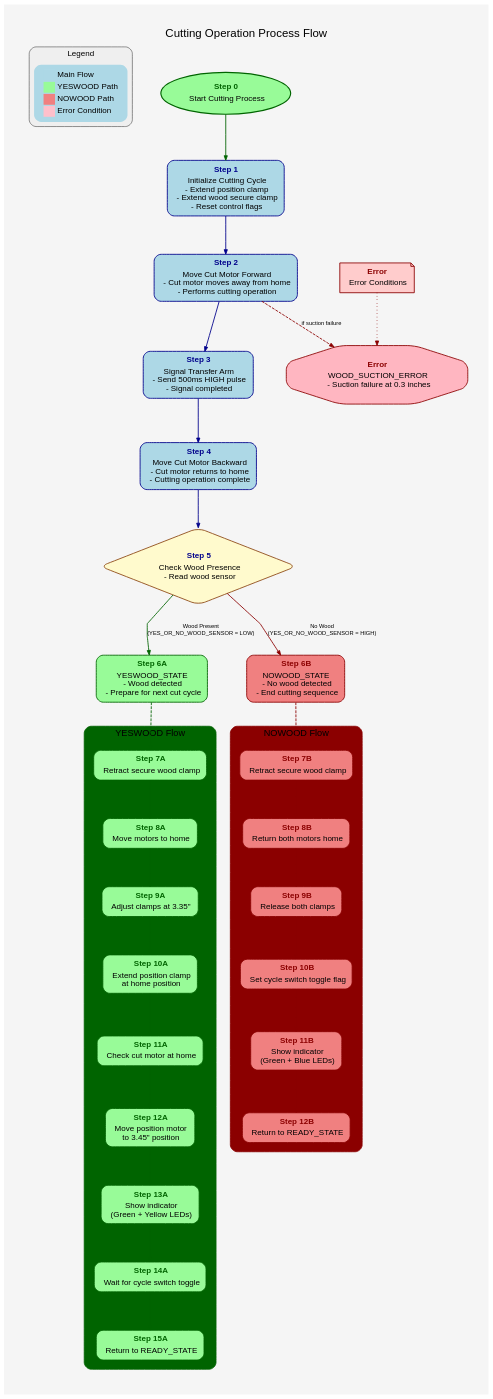
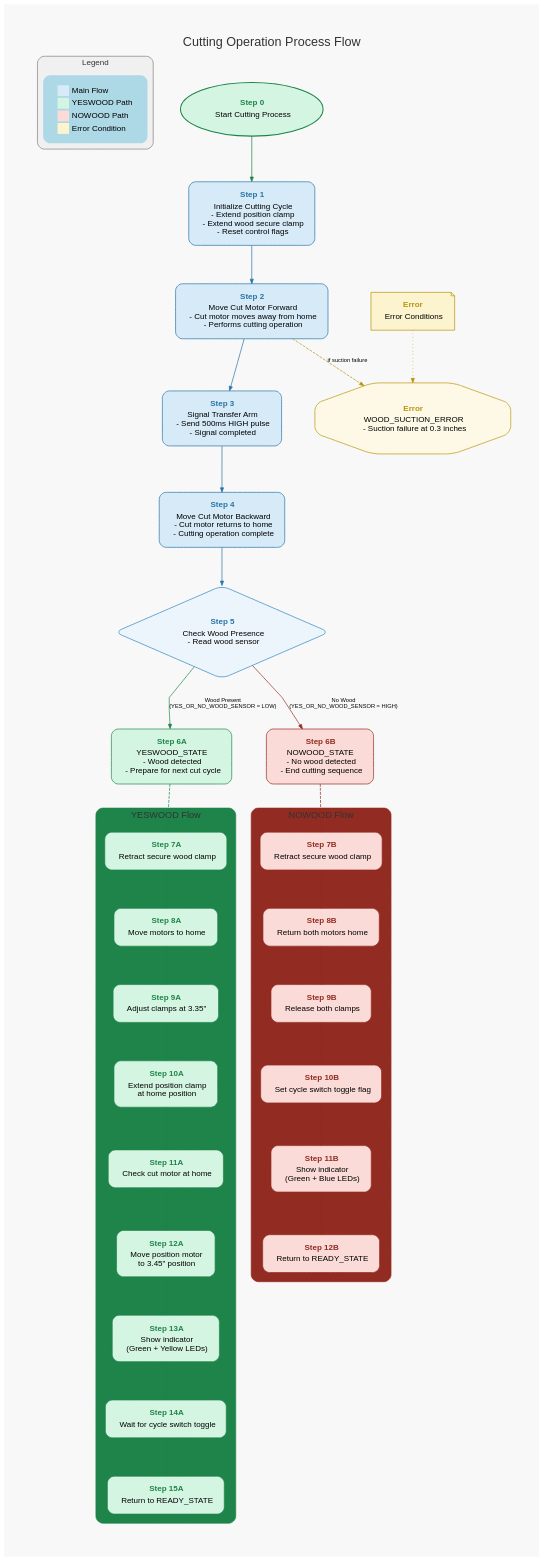
The diagram in flowcharts/cutting_process.dot (akivaweil/Stage-1-Mar25), drawn with Graphviz before and after one commit. The commit also changed 1 other file, not shown here.

Commit message:
Refine flowchart with softer color palette and improved visual aesthetics

```diff
--- a/flowcharts/cutting_process.dot
+++ b/flowcharts/cutting_process.dot
@@ -1,120 +1,121 @@
 digraph cutting_process {
     // Graph styling
-    graph [fontname="Arial", rankdir="TB", splines="polyline", overlap=false, nodesep=0.8, ranksep=0.9, pad=0.5, label="Cutting Operation Process Flow", fontsize=20, labelloc="t", bgcolor="#F5F5F5"];
-    node [shape="box", style="rounded,filled", fillcolor="lightblue", fontname="Arial", margin="0.2,0.1", color="#333333", penwidth=1.5];
-    edge [fontname="Arial", fontsize=10, color="#555555", penwidth=1.2, arrowsize=0.8];
+    graph [fontname="Arial", rankdir="TB", splines="polyline", overlap=false, nodesep=0.8, ranksep=0.9, pad=0.7, label="Cutting Operation Process Flow", fontsize=22, labelloc="t", bgcolor="#F8F8F8", fontcolor="#333333"];
+    node [shape="box", style="rounded,filled", fillcolor="lightblue", fontname="Arial", margin="0.3,0.2", color="#555555", penwidth=1.2];
+    edge [fontname="Arial", fontsize=10, color="#777777", penwidth=1.0, arrowsize=0.8];
 
     // Add a legend
     subgraph cluster_legend {
         label="Legend";
         style="rounded,filled";
-        color="#444444";
-        fillcolor="#EFEFEF";
+        color="#666666";
+        fillcolor="#F0F0F0";
         fontsize=14;
+        margin=10;
         rank="sink";
         
-        legend_node [shape=none, label=<<table border="0" cellborder="0" cellspacing="2">
-            <tr><td port="main" bgcolor="#ADD8E6" width="20" height="10"></td><td align="left">Main Flow</td></tr>
-            <tr><td port="yes" bgcolor="palegreen" width="20" height="10"></td><td align="left">YESWOOD Path</td></tr>
-            <tr><td port="no" bgcolor="lightcoral" width="20" height="10"></td><td align="left">NOWOOD Path</td></tr>
-            <tr><td port="error" bgcolor="pink" width="20" height="10"></td><td align="left">Error Condition</td></tr>
+        legend_node [shape=none, label=<<table border="0" cellborder="0" cellspacing="3">
+            <tr><td port="main" bgcolor="#D6EAF8" width="20" height="12"></td><td align="left">Main Flow</td></tr>
+            <tr><td port="yes" bgcolor="#D5F5E3" width="20" height="12"></td><td align="left">YESWOOD Path</td></tr>
+            <tr><td port="no" bgcolor="#FADBD8" width="20" height="12"></td><td align="left">NOWOOD Path</td></tr>
+            <tr><td port="error" bgcolor="#FCF3CF" width="20" height="12"></td><td align="left">Error Condition</td></tr>
         </table>>];
     }
 
     // States and transitions for cutting process
-    start [label=<<table border="0" cellborder="0" cellspacing="0"><tr><td><font color="darkgreen" point-size="14"><b>Step 0</b></font></td></tr><tr><td>Start Cutting Process</td></tr></table>>, shape="oval", fillcolor="#98FB98", color="#006400", penwidth=2];
+    start [label=<<table border="0" cellborder="0" cellspacing="0"><tr><td><font color="#1E8449" point-size="14"><b>Step 0</b></font></td></tr><tr><td>Start Cutting Process</td></tr></table>>, shape="oval", fillcolor="#D5F5E3", color="#1E8449", penwidth=1.8];
     
     // Initialize cutting state
-    init [label=<<table border="0" cellborder="0" cellspacing="0"><tr><td><font color="darkblue" point-size="14"><b>Step 1</b></font></td></tr><tr><td align="left">Initialize Cutting Cycle<br/>- Extend position clamp<br/>- Extend wood secure clamp<br/>- Reset control flags</td></tr></table>>, fillcolor="#ADD8E6", color="#00008B", penwidth=1.5];
+    init [label=<<table border="0" cellborder="0" cellspacing="0"><tr><td><font color="#2874A6" point-size="14"><b>Step 1</b></font></td></tr><tr><td align="left">Initialize Cutting Cycle<br/>- Extend position clamp<br/>- Extend wood secure clamp<br/>- Reset control flags</td></tr></table>>, fillcolor="#D6EAF8", color="#2874A6", penwidth=1.2];
     
     // Extend cutter
-    extend [label=<<table border="0" cellborder="0" cellspacing="0"><tr><td><font color="darkblue" point-size="14"><b>Step 2</b></font></td></tr><tr><td align="left">Move Cut Motor Forward<br/>- Cut motor moves away from home<br/>- Performs cutting operation</td></tr></table>>, fillcolor="#ADD8E6", color="#00008B", penwidth=1.5];
+    extend [label=<<table border="0" cellborder="0" cellspacing="0"><tr><td><font color="#2874A6" point-size="14"><b>Step 2</b></font></td></tr><tr><td align="left">Move Cut Motor Forward<br/>- Cut motor moves away from home<br/>- Performs cutting operation</td></tr></table>>, fillcolor="#D6EAF8", color="#2874A6", penwidth=1.2];
     
     // Signal transfer arm
-    signal [label=<<table border="0" cellborder="0" cellspacing="0"><tr><td><font color="darkblue" point-size="14"><b>Step 3</b></font></td></tr><tr><td align="left">Signal Transfer Arm<br/>- Send 500ms HIGH pulse<br/>- Signal completed</td></tr></table>>, fillcolor="#ADD8E6", color="#00008B", penwidth=1.5];
+    signal [label=<<table border="0" cellborder="0" cellspacing="0"><tr><td><font color="#2874A6" point-size="14"><b>Step 3</b></font></td></tr><tr><td align="left">Signal Transfer Arm<br/>- Send 500ms HIGH pulse<br/>- Signal completed</td></tr></table>>, fillcolor="#D6EAF8", color="#2874A6", penwidth=1.2];
     
     // Retract cutter
-    retract [label=<<table border="0" cellborder="0" cellspacing="0"><tr><td><font color="darkblue" point-size="14"><b>Step 4</b></font></td></tr><tr><td align="left">Move Cut Motor Backward<br/>- Cut motor returns to home<br/>- Cutting operation complete</td></tr></table>>, fillcolor="#ADD8E6", color="#00008B", penwidth=1.5];
+    retract [label=<<table border="0" cellborder="0" cellspacing="0"><tr><td><font color="#2874A6" point-size="14"><b>Step 4</b></font></td></tr><tr><td align="left">Move Cut Motor Backward<br/>- Cut motor returns to home<br/>- Cutting operation complete</td></tr></table>>, fillcolor="#D6EAF8", color="#2874A6", penwidth=1.2];
     
     // Check wood presence
-    check [label=<<table border="0" cellborder="0" cellspacing="0"><tr><td><font color="darkblue" point-size="14"><b>Step 5</b></font></td></tr><tr><td align="left">Check Wood Presence<br/>- Read wood sensor</td></tr></table>>, shape="diamond", fillcolor="#FFFACD", color="#8B4513", penwidth=1.5];
+    check [label=<<table border="0" cellborder="0" cellspacing="0"><tr><td><font color="#2874A6" point-size="14"><b>Step 5</b></font></td></tr><tr><td align="left">Check Wood Presence<br/>- Read wood sensor</td></tr></table>>, shape="diamond", fillcolor="#EBF5FB", color="#2E86C1", penwidth=1.2];
     
     // Result states  
-    yeswood [label=<<table border="0" cellborder="0" cellspacing="0"><tr><td><font color="darkgreen" point-size="14"><b>Step 6A</b></font></td></tr><tr><td align="left">YESWOOD_STATE<br/>- Wood detected<br/>- Prepare for next cut cycle</td></tr></table>>, fillcolor="palegreen", color="#006400", penwidth=1.5];
-    nowood [label=<<table border="0" cellborder="0" cellspacing="0"><tr><td><font color="darkred" point-size="14"><b>Step 6B</b></font></td></tr><tr><td align="left">NOWOOD_STATE<br/>- No wood detected<br/>- End cutting sequence</td></tr></table>>, fillcolor="lightcoral", color="#8B0000", penwidth=1.5];
+    yeswood [label=<<table border="0" cellborder="0" cellspacing="0"><tr><td><font color="#1E8449" point-size="14"><b>Step 6A</b></font></td></tr><tr><td align="left">YESWOOD_STATE<br/>- Wood detected<br/>- Prepare for next cut cycle</td></tr></table>>, fillcolor="#D5F5E3", color="#1E8449", penwidth=1.2];
+    nowood [label=<<table border="0" cellborder="0" cellspacing="0"><tr><td><font color="#922B21" point-size="14"><b>Step 6B</b></font></td></tr><tr><td align="left">NOWOOD_STATE<br/>- No wood detected<br/>- End cutting sequence</td></tr></table>>, fillcolor="#FADBD8", color="#922B21", penwidth=1.2];
     
     // Error conditions
-    error [label=<<table border="0" cellborder="0" cellspacing="0"><tr><td><font color="darkred" point-size="14"><b>Error</b></font></td></tr><tr><td align="left">Error Conditions</td></tr></table>>, shape="note", fillcolor="#FFCCCC", color="#8B0000", penwidth=1.5];
-    errorwood [label=<<table border="0" cellborder="0" cellspacing="0"><tr><td><font color="darkred" point-size="14"><b>Error</b></font></td></tr><tr><td align="left">WOOD_SUCTION_ERROR<br/>- Suction failure at 0.3 inches</td></tr></table>>, shape="octagon", fillcolor="#FFB6C1", color="#8B0000", penwidth=1.5];
+    error [label=<<table border="0" cellborder="0" cellspacing="0"><tr><td><font color="#B7950B" point-size="14"><b>Error</b></font></td></tr><tr><td align="left">Error Conditions</td></tr></table>>, shape="note", fillcolor="#FCF3CF", color="#B7950B", penwidth=1.2];
+    errorwood [label=<<table border="0" cellborder="0" cellspacing="0"><tr><td><font color="#B7950B" point-size="14"><b>Error</b></font></td></tr><tr><td align="left">WOOD_SUCTION_ERROR<br/>- Suction failure at 0.3 inches</td></tr></table>>, shape="octagon", fillcolor="#FEF9E7", color="#B7950B", penwidth=1.2];
     
     // Flow connections
-    start -> init [color="#006400", penwidth=1.5];
-    init -> extend [color="#00008B", penwidth=1.5];
-    extend -> signal [color="#00008B", penwidth=1.5];
-    signal -> retract [color="#00008B", penwidth=1.5];
-    retract -> check [color="#00008B", penwidth=1.5];
-    check -> yeswood [label="Wood Present\n(YES_OR_NO_WOOD_SENSOR = LOW)", color="#006400", penwidth=1.5];
-    check -> nowood [label="No Wood\n(YES_OR_NO_WOOD_SENSOR = HIGH)", color="#8B0000", penwidth=1.5];
+    start -> init [color="#1E8449", penwidth=1.2];
+    init -> extend [color="#2874A6", penwidth=1.2];
+    extend -> signal [color="#2874A6", penwidth=1.2];
+    signal -> retract [color="#2874A6", penwidth=1.2];
+    retract -> check [color="#2874A6", penwidth=1.2];
+    check -> yeswood [label="Wood Present\n(YES_OR_NO_WOOD_SENSOR = LOW)", color="#1E8449", penwidth=1.2];
+    check -> nowood [label="No Wood\n(YES_OR_NO_WOOD_SENSOR = HIGH)", color="#922B21", penwidth=1.2];
     
     // Error path
-    error -> errorwood [color="#8B0000", penwidth=1.5, style="dotted"];
-    extend -> errorwood [style="dashed", label="if suction failure", color="#8B0000", penwidth=1.5];
+    error -> errorwood [color="#B7950B", penwidth=1.2, style="dotted"];
+    extend -> errorwood [style="dashed", label="if suction failure", color="#B7950B", penwidth=1.2];
     
     // Subgraph for YESWOOD flow
     subgraph cluster_yeswood {
         label="YESWOOD Flow";
         style="rounded,filled";
-        color="#006400";
-        penwidth=1.5;
-        bgcolor="#E8F5E9";
+        color="#1E8449";
+        penwidth=1.2;
+        bgcolor="#EAF7EF";
         fontsize=16;
         margin=16;
         
-        yw1 [label=<<table border="0" cellborder="0" cellspacing="0"><tr><td><font color="darkgreen" point-size="14"><b>Step 7A</b></font></td></tr><tr><td align="left">Retract secure wood clamp</td></tr></table>>, fillcolor="palegreen", color="#006400"];
-        yw2 [label=<<table border="0" cellborder="0" cellspacing="0"><tr><td><font color="darkgreen" point-size="14"><b>Step 8A</b></font></td></tr><tr><td align="left">Move motors to home</td></tr></table>>, fillcolor="palegreen", color="#006400"];
-        yw3 [label=<<table border="0" cellborder="0" cellspacing="0"><tr><td><font color="darkgreen" point-size="14"><b>Step 9A</b></font></td></tr><tr><td align="left">Adjust clamps at 3.35"</td></tr></table>>, fillcolor="palegreen", color="#006400"];
-        yw4 [label=<<table border="0" cellborder="0" cellspacing="0"><tr><td><font color="darkgreen" point-size="14"><b>Step 10A</b></font></td></tr><tr><td align="left">Extend position clamp<br/>at home position</td></tr></table>>, fillcolor="palegreen", color="#006400"];
-        yw5 [label=<<table border="0" cellborder="0" cellspacing="0"><tr><td><font color="darkgreen" point-size="14"><b>Step 11A</b></font></td></tr><tr><td align="left">Check cut motor at home</td></tr></table>>, fillcolor="palegreen", color="#006400"];
-        yw6 [label=<<table border="0" cellborder="0" cellspacing="0"><tr><td><font color="darkgreen" point-size="14"><b>Step 12A</b></font></td></tr><tr><td align="left">Move position motor<br/>to 3.45" position</td></tr></table>>, fillcolor="palegreen", color="#006400"];
-        yw7 [label=<<table border="0" cellborder="0" cellspacing="0"><tr><td><font color="darkgreen" point-size="14"><b>Step 13A</b></font></td></tr><tr><td align="left">Show indicator<br/>(Green + Yellow LEDs)</td></tr></table>>, fillcolor="palegreen", color="#006400"];
-        yw8 [label=<<table border="0" cellborder="0" cellspacing="0"><tr><td><font color="darkgreen" point-size="14"><b>Step 14A</b></font></td></tr><tr><td align="left">Wait for cycle switch toggle</td></tr></table>>, fillcolor="palegreen", color="#006400"];
-        yw9 [label=<<table border="0" cellborder="0" cellspacing="0"><tr><td><font color="darkgreen" point-size="14"><b>Step 15A</b></font></td></tr><tr><td align="left">Return to READY_STATE</td></tr></table>>, fillcolor="palegreen", color="#006400"];
+        yw1 [label=<<table border="0" cellborder="0" cellspacing="0"><tr><td><font color="#1E8449" point-size="14"><b>Step 7A</b></font></td></tr><tr><td align="left">Retract secure wood clamp</td></tr></table>>, fillcolor="#D5F5E3", color="#1E8449"];
+        yw2 [label=<<table border="0" cellborder="0" cellspacing="0"><tr><td><font color="#1E8449" point-size="14"><b>Step 8A</b></font></td></tr><tr><td align="left">Move motors to home</td></tr></table>>, fillcolor="#D5F5E3", color="#1E8449"];
+        yw3 [label=<<table border="0" cellborder="0" cellspacing="0"><tr><td><font color="#1E8449" point-size="14"><b>Step 9A</b></font></td></tr><tr><td align="left">Adjust clamps at 3.35"</td></tr></table>>, fillcolor="#D5F5E3", color="#1E8449"];
+        yw4 [label=<<table border="0" cellborder="0" cellspacing="0"><tr><td><font color="#1E8449" point-size="14"><b>Step 10A</b></font></td></tr><tr><td align="left">Extend position clamp<br/>at home position</td></tr></table>>, fillcolor="#D5F5E3", color="#1E8449"];
+        yw5 [label=<<table border="0" cellborder="0" cellspacing="0"><tr><td><font color="#1E8449" point-size="14"><b>Step 11A</b></font></td></tr><tr><td align="left">Check cut motor at home</td></tr></table>>, fillcolor="#D5F5E3", color="#1E8449"];
+        yw6 [label=<<table border="0" cellborder="0" cellspacing="0"><tr><td><font color="#1E8449" point-size="14"><b>Step 12A</b></font></td></tr><tr><td align="left">Move position motor<br/>to 3.45" position</td></tr></table>>, fillcolor="#D5F5E3", color="#1E8449"];
+        yw7 [label=<<table border="0" cellborder="0" cellspacing="0"><tr><td><font color="#1E8449" point-size="14"><b>Step 13A</b></font></td></tr><tr><td align="left">Show indicator<br/>(Green + Yellow LEDs)</td></tr></table>>, fillcolor="#D5F5E3", color="#1E8449"];
+        yw8 [label=<<table border="0" cellborder="0" cellspacing="0"><tr><td><font color="#1E8449" point-size="14"><b>Step 14A</b></font></td></tr><tr><td align="left">Wait for cycle switch toggle</td></tr></table>>, fillcolor="#D5F5E3", color="#1E8449"];
+        yw9 [label=<<table border="0" cellborder="0" cellspacing="0"><tr><td><font color="#1E8449" point-size="14"><b>Step 15A</b></font></td></tr><tr><td align="left">Return to READY_STATE</td></tr></table>>, fillcolor="#D5F5E3", color="#1E8449"];
         
-        yw1 -> yw2 [color="#006400"];
-        yw2 -> yw3 [color="#006400"];
-        yw3 -> yw4 [color="#006400"];
-        yw4 -> yw5 [color="#006400"];
-        yw5 -> yw6 [color="#006400"];
-        yw6 -> yw7 [color="#006400"];
-        yw7 -> yw8 [color="#006400"];
-        yw8 -> yw9 [color="#006400"];
+        yw1 -> yw2 [color="#1E8449"];
+        yw2 -> yw3 [color="#1E8449"];
+        yw3 -> yw4 [color="#1E8449"];
+        yw4 -> yw5 [color="#1E8449"];
+        yw5 -> yw6 [color="#1E8449"];
+        yw6 -> yw7 [color="#1E8449"];
+        yw7 -> yw8 [color="#1E8449"];
+        yw8 -> yw9 [color="#1E8449"];
     }
     
     // Subgraph for NOWOOD flow  
     subgraph cluster_nowood {
         label="NOWOOD Flow";
         style="rounded,filled";
-        color="#8B0000";
-        penwidth=1.5;
-        bgcolor="#FFEBEE";
+        color="#922B21";
+        penwidth=1.2;
+        bgcolor="#FDEDEC";
         fontsize=16;
         margin=16;
         
-        nw1 [label=<<table border="0" cellborder="0" cellspacing="0"><tr><td><font color="darkred" point-size="14"><b>Step 7B</b></font></td></tr><tr><td align="left">Retract secure wood clamp</td></tr></table>>, fillcolor="lightcoral", color="#8B0000"];
-        nw2 [label=<<table border="0" cellborder="0" cellspacing="0"><tr><td><font color="darkred" point-size="14"><b>Step 8B</b></font></td></tr><tr><td align="left">Return both motors home</td></tr></table>>, fillcolor="lightcoral", color="#8B0000"];
-        nw3 [label=<<table border="0" cellborder="0" cellspacing="0"><tr><td><font color="darkred" point-size="14"><b>Step 9B</b></font></td></tr><tr><td align="left">Release both clamps</td></tr></table>>, fillcolor="lightcoral", color="#8B0000"];
-        nw4 [label=<<table border="0" cellborder="0" cellspacing="0"><tr><td><font color="darkred" point-size="14"><b>Step 10B</b></font></td></tr><tr><td align="left">Set cycle switch toggle flag</td></tr></table>>, fillcolor="lightcoral", color="#8B0000"];
-        nw5 [label=<<table border="0" cellborder="0" cellspacing="0"><tr><td><font color="darkred" point-size="14"><b>Step 11B</b></font></td></tr><tr><td align="left">Show indicator<br/>(Green + Blue LEDs)</td></tr></table>>, fillcolor="lightcoral", color="#8B0000"];
-        nw6 [label=<<table border="0" cellborder="0" cellspacing="0"><tr><td><font color="darkred" point-size="14"><b>Step 12B</b></font></td></tr><tr><td align="left">Return to READY_STATE</td></tr></table>>, fillcolor="lightcoral", color="#8B0000"];
+        nw1 [label=<<table border="0" cellborder="0" cellspacing="0"><tr><td><font color="#922B21" point-size="14"><b>Step 7B</b></font></td></tr><tr><td align="left">Retract secure wood clamp</td></tr></table>>, fillcolor="#FADBD8", color="#922B21"];
+        nw2 [label=<<table border="0" cellborder="0" cellspacing="0"><tr><td><font color="#922B21" point-size="14"><b>Step 8B</b></font></td></tr><tr><td align="left">Return both motors home</td></tr></table>>, fillcolor="#FADBD8", color="#922B21"];
+        nw3 [label=<<table border="0" cellborder="0" cellspacing="0"><tr><td><font color="#922B21" point-size="14"><b>Step 9B</b></font></td></tr><tr><td align="left">Release both clamps</td></tr></table>>, fillcolor="#FADBD8", color="#922B21"];
+        nw4 [label=<<table border="0" cellborder="0" cellspacing="0"><tr><td><font color="#922B21" point-size="14"><b>Step 10B</b></font></td></tr><tr><td align="left">Set cycle switch toggle flag</td></tr></table>>, fillcolor="#FADBD8", color="#922B21"];
+        nw5 [label=<<table border="0" cellborder="0" cellspacing="0"><tr><td><font color="#922B21" point-size="14"><b>Step 11B</b></font></td></tr><tr><td align="left">Show indicator<br/>(Green + Blue LEDs)</td></tr></table>>, fillcolor="#FADBD8", color="#922B21"];
+        nw6 [label=<<table border="0" cellborder="0" cellspacing="0"><tr><td><font color="#922B21" point-size="14"><b>Step 12B</b></font></td></tr><tr><td align="left">Return to READY_STATE</td></tr></table>>, fillcolor="#FADBD8", color="#922B21"];
         
-        nw1 -> nw2 [color="#8B0000"];
-        nw2 -> nw3 [color="#8B0000"];
-        nw3 -> nw4 [color="#8B0000"];
-        nw4 -> nw5 [color="#8B0000"];
-        nw5 -> nw6 [color="#8B0000"];
+        nw1 -> nw2 [color="#922B21"];
+        nw2 -> nw3 [color="#922B21"];
+        nw3 -> nw4 [color="#922B21"];
+        nw4 -> nw5 [color="#922B21"];
+        nw5 -> nw6 [color="#922B21"];
     }
     
     // Connect main flow to subgraphs
-    yeswood -> yw1 [style="dashed", color="#006400", penwidth=1.5];
-    nowood -> nw1 [style="dashed", color="#8B0000", penwidth=1.5];
+    yeswood -> yw1 [style="dashed", color="#1E8449", penwidth=1.2];
+    nowood -> nw1 [style="dashed", color="#922B21", penwidth=1.2];
 } 
```
